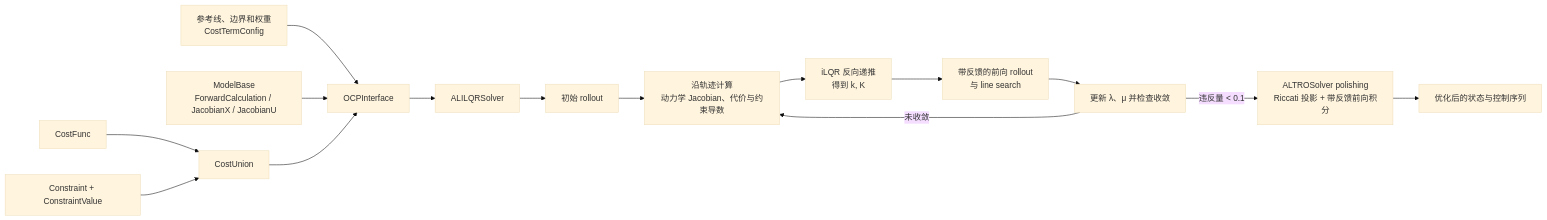
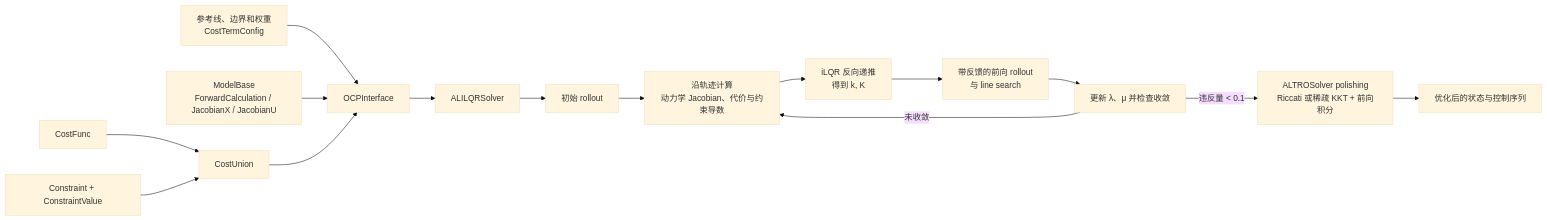
The diagram in README.md (LTsommer/altro-ilqr), drawn with Mermaid (base theme) before and after one commit. The commit also changed other lines of this file and 7 other files, not shown here.

````diff
--- a/README.md
+++ b/README.md
@@ -120,17 +121,17 @@
 ```mermaid
 flowchart LR
     A[参考线、边界和权重\nCostTermConfig] --> B[OCPInterface]
     C[ModelBase\nForwardCalculation / JacobianX / JacobianU] --> B
     D[CostFunc] --> E[CostUnion]
     F[Constraint + ConstraintValue] --> E
     E --> B
     B --> G[ALILQRSolver]
     G --> H[初始 rollout]
     H --> I[沿轨迹计算\n动力学 Jacobian、代价与约束导数]
     I --> J[iLQR 反向递推\n得到 k, K]
     J --> K[带反馈的前向 rollout\n与 line search]
     K --> L[更新 λ、μ 并检查收敛]
     L -->|未收敛| I
-    L -->|违反量 < 0.1| M[ALTROSolver polishing\nRiccati 投影 + 带反馈前向积分]
+    L -->|违反量 < 0.1| M[ALTROSolver polishing\nRiccati 或稀疏 KKT + 前向积分]
     M --> N[优化后的状态与控制序列]
 ```
````
